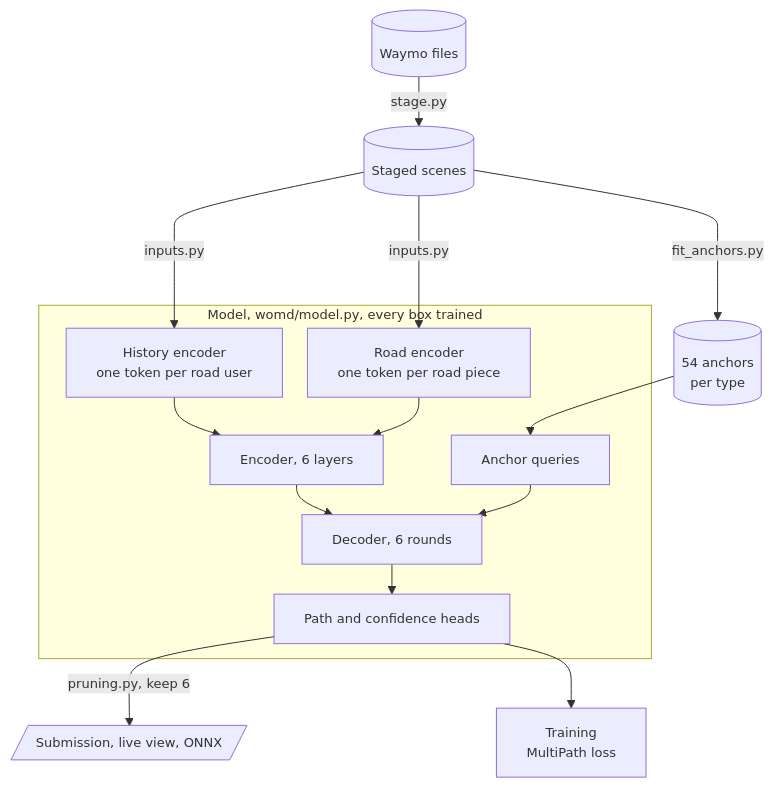
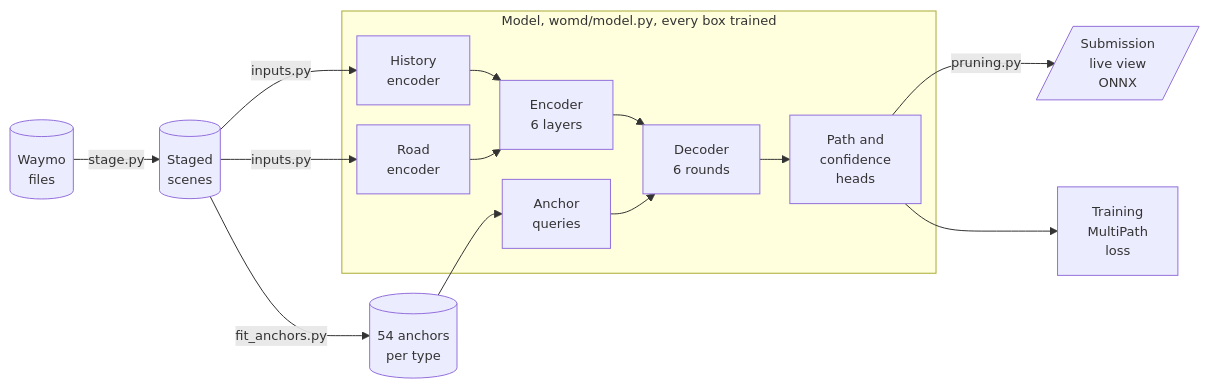
The diagram in README.md (Scott-Grew/MotionNet-avPrediction), drawn with Mermaid before and after one commit.

Commit message:
compress the chart to a short left-to-right strip

````diff
--- a/README.md
+++ b/README.md
@@ -61,20 +61,19 @@
 ```mermaid
-%%{init: {"flowchart": {"nodeSpacing": 25, "rankSpacing": 30}, "themeVariables": {"fontSize": "13px"}}}%%
-flowchart TD
-    RAW[("Waymo files")] -->|stage.py| STAGED[("Staged scenes")]
+%%{init: {"flowchart": {"nodeSpacing": 20, "rankSpacing": 30}, "themeVariables": {"fontSize": "13px"}}}%%
+flowchart LR
+    RAW[("Waymo<br/>files")] -->|stage.py| STAGED[("Staged<br/>scenes")]
     subgraph MODEL["Model, womd/model.py, every box trained"]
-        AGENTS["History encoder<br/>one token per road user"]
-        ROAD["Road encoder<br/>one token per road piece"]
-        ENCODER["Encoder, 6 layers"]
-        QUERY["Anchor queries"]
-        DECODER["Decoder, 6 rounds"]
-        HEADS["Path and confidence heads"]
+        AGENTS["History<br/>encoder"]
+        ROAD["Road<br/>encoder"]
+        ENCODER["Encoder<br/>6 layers"]
+        QUERY["Anchor<br/>queries"]
+        DECODER["Decoder<br/>6 rounds"]
+        HEADS["Path and<br/>confidence<br/>heads"]
         AGENTS & ROAD --> ENCODER --> DECODER
         QUERY --> DECODER --> HEADS
     end
     STAGED -->|inputs.py| AGENTS & ROAD
-    STAGED ---->|fit_anchors.py| ANCHORS[("54 anchors<br/>per type")]
-    ANCHORS --> QUERY
-    HEADS -->|pruning.py, keep 6| OUT[/"Submission, live view, ONNX"/]
-    HEADS --> LOSS["Training<br/>MultiPath loss"]
+    STAGED -->|fit_anchors.py| ANCHORS[("54 anchors<br/>per type")] --> QUERY
+    HEADS -->|pruning.py| OUT[/"Submission<br/>live view<br/>ONNX"/]
+    HEADS --> LOSS["Training<br/>MultiPath<br/>loss"]
 ```
````
